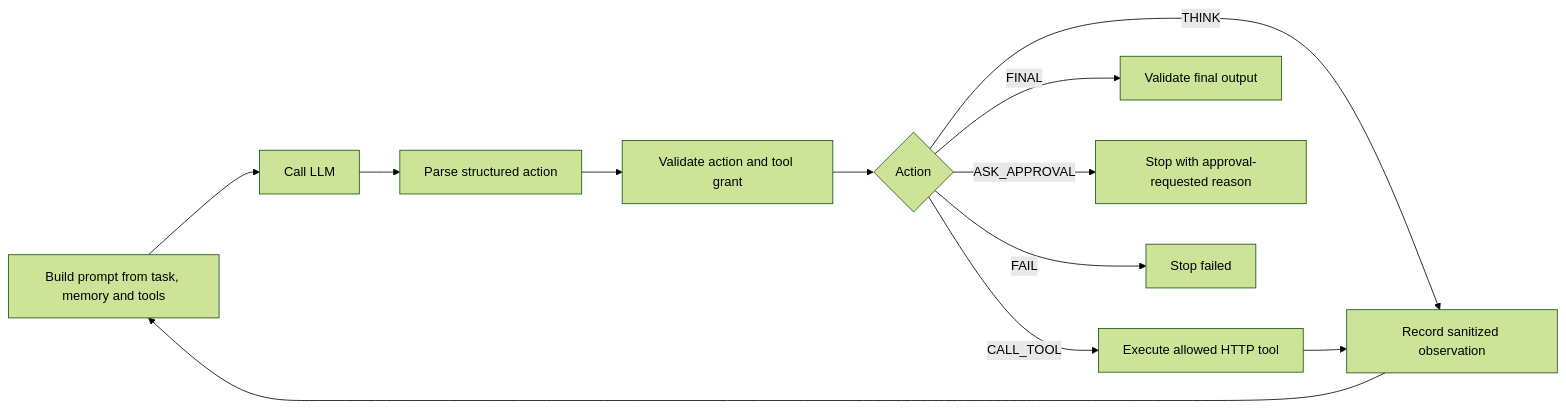
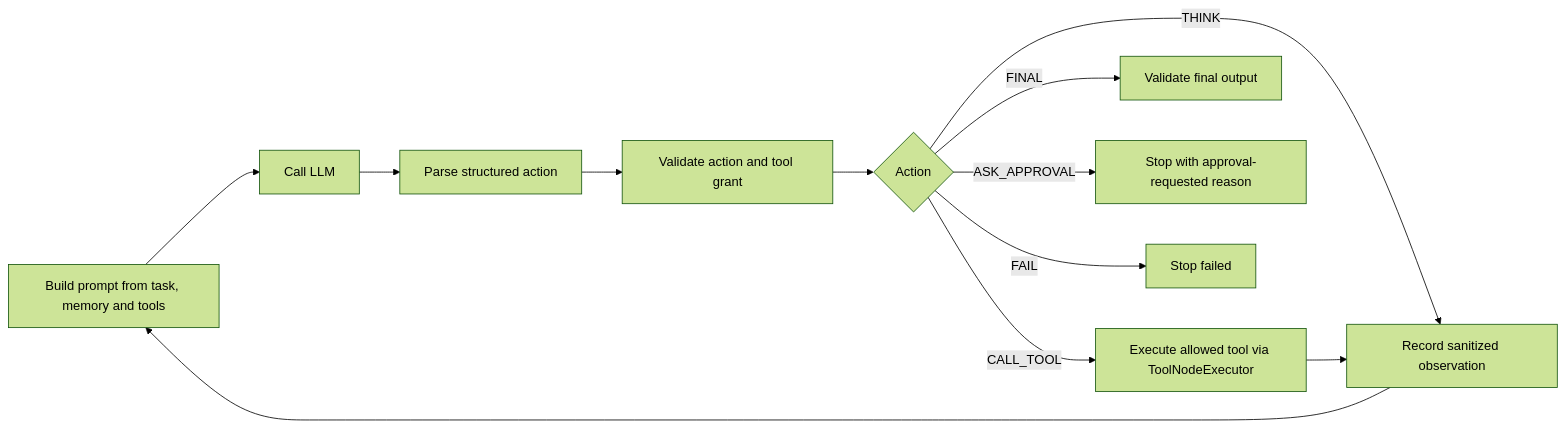
One commit to susmitbanerjee/vectorbea changed the third of 4 diagrams in docs/architecture/AGENTIC-WORKFLOW-EXECUTION-FLOW.md. Above: the diagram before and after it, drawn with Mermaid (forest theme). The commit also changed other lines of this file and 66 other files, not shown here.

````diff
--- a/docs/architecture/AGENTIC-WORKFLOW-EXECUTION-FLOW.md
+++ b/docs/architecture/AGENTIC-WORKFLOW-EXECUTION-FLOW.md
@@ -358,14 +369,14 @@
 ```mermaid
 flowchart LR
     PLAN[Build prompt from task, memory and tools] --> CALL[Call LLM]
     CALL --> PARSE[Parse structured action]
     PARSE --> SAFE[Validate action and tool grant]
     SAFE --> DECIDE{Action}
     DECIDE -->|THINK| OBS[Record sanitized observation]
-    DECIDE -->|CALL_TOOL| TOOL[Execute allowed HTTP tool]
+    DECIDE -->|CALL_TOOL| TOOL[Execute allowed tool via ToolNodeExecutor]
     TOOL --> OBS
     OBS --> PLAN
     DECIDE -->|FINAL| OUT[Validate final output]
     DECIDE -->|ASK_APPROVAL| PAUSE[Stop with approval-requested reason]
     DECIDE -->|FAIL| FAIL[Stop failed]
 ```
````
